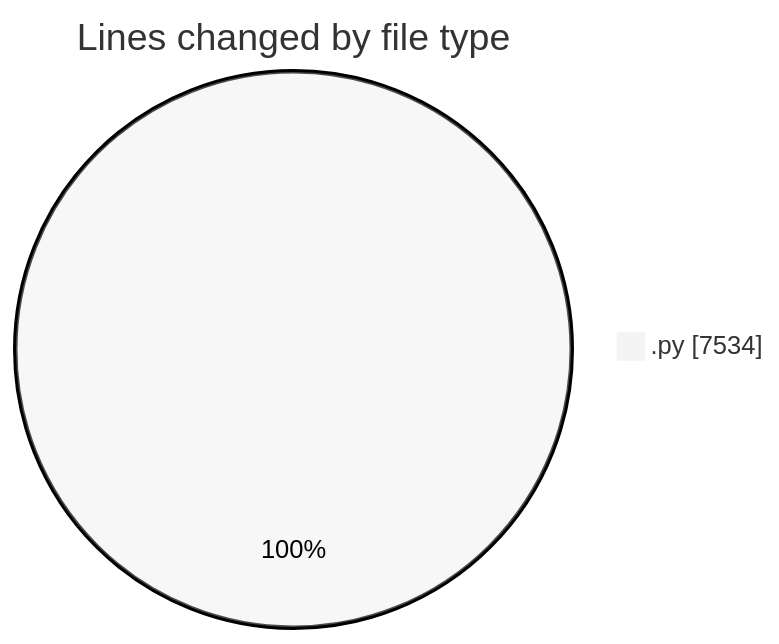
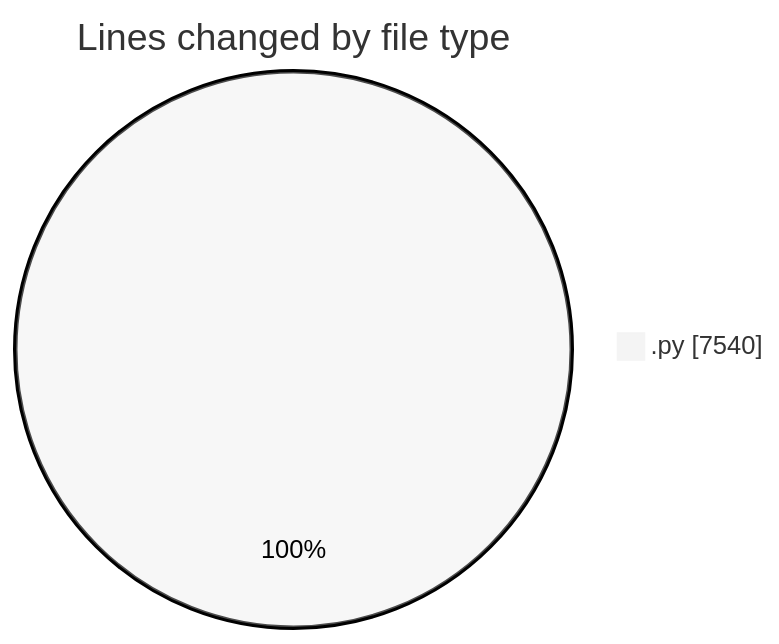
Before and after one commit to MatusMokan/code-tracking: the first of 2 diagrams in 2025-04-18/myws__workspace_/README.md, drawn with Mermaid (neutral theme). The commit also changed other lines of this file and 1 other file, not shown here.

````diff
--- a/2025-04-18/myws__workspace_/README.md
+++ b/2025-04-18/myws__workspace_/README.md
@@ -24,5 +24,5 @@
 ```mermaid
 pie showData
 title Lines changed by file type
-".py" : 7534
+".py" : 7540
 ```
````
